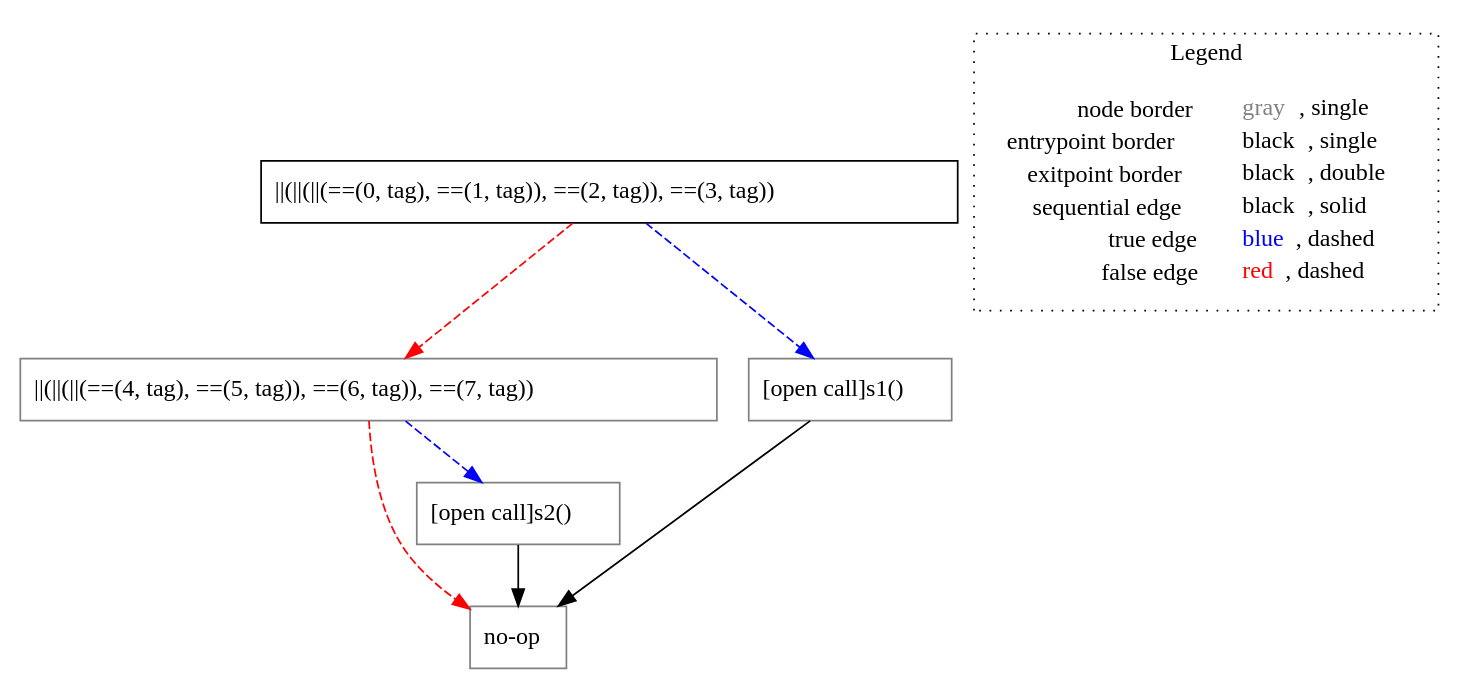
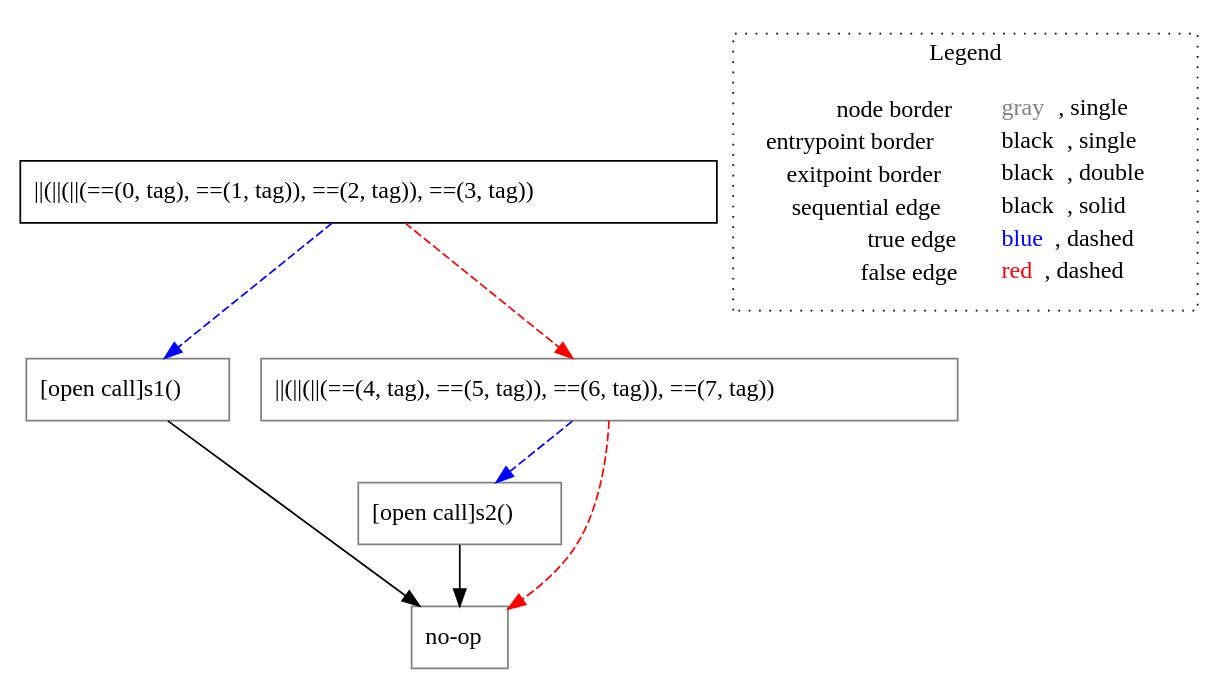
The diagram in go-lisa/test-outputs/switch/untyped_multiExps().dot (lisa-analyzer/go-lisa), drawn with Graphviz before and after one commit. The commit also changed 10 other files, not shown here.

```diff
--- a/go-lisa/test-outputs/switch/untyped_multiExps().dot
+++ b/go-lisa/test-outputs/switch/untyped_multiExps().dot
@@ -1,20 +1,20 @@
 digraph {
 	"node0" [shape="rect",color="black",label=<||(||(||(==(0, tag), ==(1, tag)), ==(2, tag)), ==(3, tag))>];
-	"node1" [shape="rect",color="gray",label=<||(||(||(==(4, tag), ==(5, tag)), ==(6, tag)), ==(7, tag))>];
-	"node2" [shape="rect",color="gray",label=<no-op>];
-	"node3" [shape="rect",color="gray",label=<[open call]s2()>];
-	"node4" [shape="rect",color="gray",label=<[open call]s1()>];
-	"node1" -> "node2" [color="red",style="dashed"];
-	"node1" -> "node3" [color="blue",style="dashed"];
-	"node3" -> "node2" [color="black"];
-	"node4" -> "node2" [color="black"];
-	"node0" -> "node1" [color="red",style="dashed"];
-	"node0" -> "node4" [color="blue",style="dashed"];
+	"node1" [shape="rect",color="gray",label=<[open call]s1()>];
+	"node2" [shape="rect",color="gray",label=<[open call]s2()>];
+	"node3" [shape="rect",color="gray",label=<no-op>];
+	"node4" [shape="rect",color="gray",label=<||(||(||(==(4, tag), ==(5, tag)), ==(6, tag)), ==(7, tag))>];
+	"node0" -> "node1" [color="blue",style="dashed"];
+	"node0" -> "node4" [color="red",style="dashed"];
+	"node1" -> "node3" [color="black"];
+	"node2" -> "node3" [color="black"];
+	"node4" -> "node2" [color="blue",style="dashed"];
+	"node4" -> "node3" [color="red",style="dashed"];
 subgraph cluster_legend {
 	label="Legend";
 	style=dotted;
 	node [shape=plaintext];
 	"legend" [label=<<table border="0" cellpadding="2" cellspacing="0" cellborder="0"><tr><td align="right">node border&nbsp;</td><td align="left"><font color="gray">gray</font>, single</td></tr><tr><td align="right">entrypoint border&nbsp;</td><td align="left"><font color="black">black</font>, single</td></tr><tr><td align="right">exitpoint border&nbsp;</td><td align="left"><font color="black">black</font>, double</td></tr><tr><td align="right">sequential edge&nbsp;</td><td align="left"><font color="black">black</font>, solid</td></tr><tr><td align="right">true edge&nbsp;</td><td align="left"><font color="blue">blue</font>, dashed</td></tr><tr><td align="right">false edge&nbsp;</td><td align="left"><font color="red">red</font>, dashed</td></tr></table>>];
 }
 
 }
```
